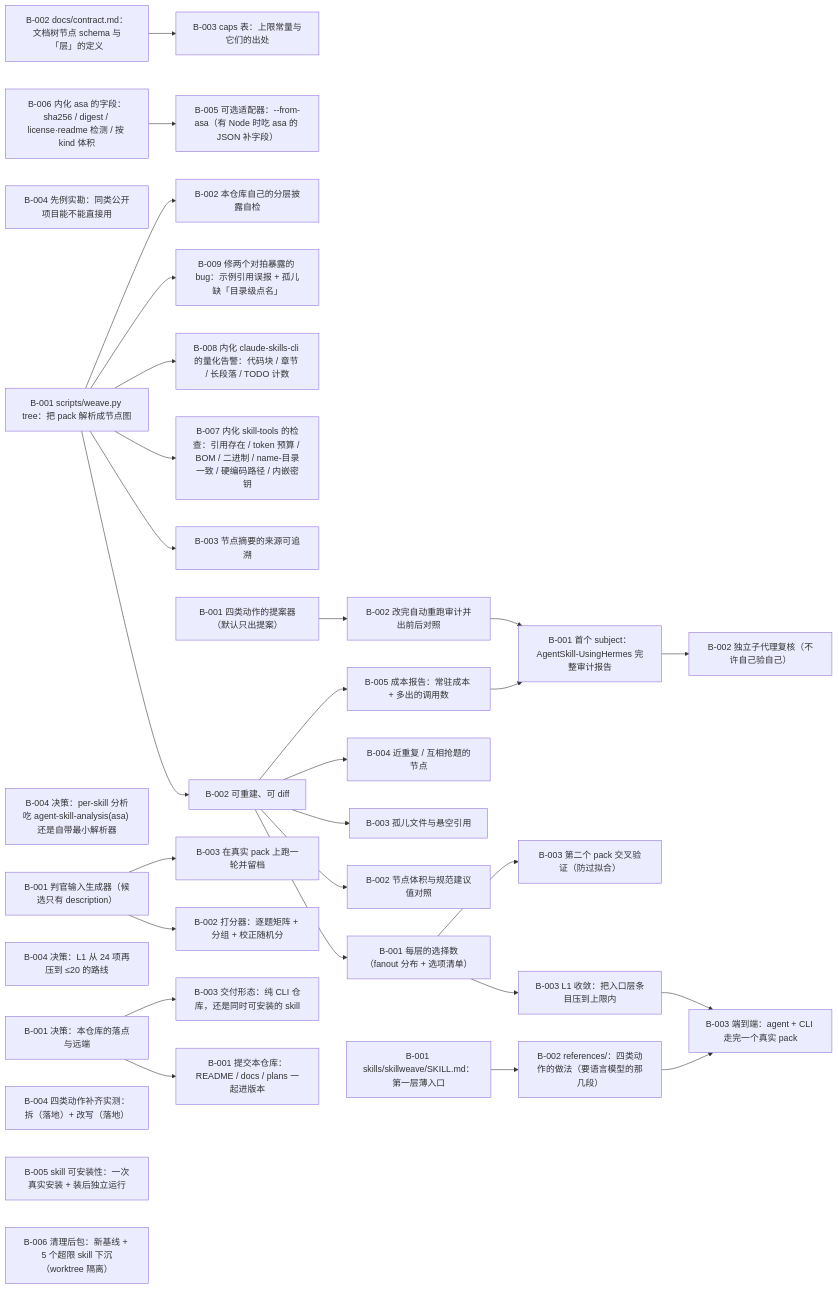
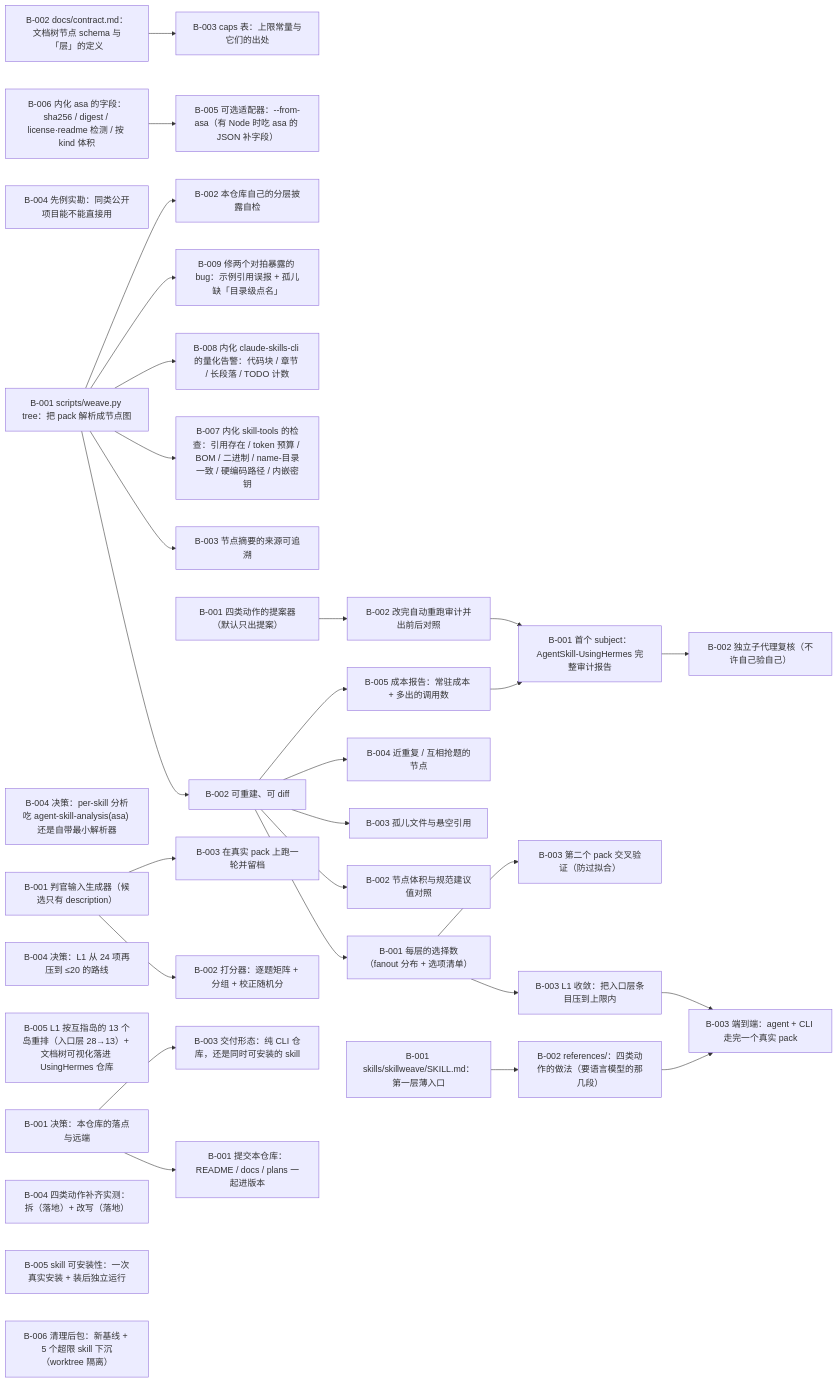
Before and after one commit to flmaximwang/SkillWeave: the diagram in plans/skillweave/PLAN.md, drawn with Mermaid. The commit also changed other lines of this file and 3 other files, not shown here.

Commit message:
plan: T-004#B-004 决策落定（L1 = 互指图的 13 个岛）+ T-004#B-005 重排与可视化落地

````diff
--- a/plans/skillweave/PLAN.md
+++ b/plans/skillweave/PLAN.md
@@ -15,72 +15,71 @@
 ```mermaid
 flowchart LR
   T-001_B-001["B-001 决策：本仓库的落点与远端"]
   T-001_B-002["B-002 docs/contract.md：文档树节点 schema 与「层」的定义"]
   T-001_B-003["B-003 caps 表：上限常量与它们的出处"]
   T-001_B-004["B-004 先例实勘：同类公开项目能不能直接用"]
   T-002_B-001["B-001 scripts/weave.py tree：把 pack 解析成节点图"]
   T-002_B-002["B-002 可重建、可 diff"]
   T-002_B-003["B-003 节点摘要的来源可追溯"]
   T-002_B-004["B-004 决策：per-skill 分析吃 agent-skill-analysis(asa) 还是自带最小解析器"]
   T-002_B-005["B-005 可选适配器：--from-asa（有 Node 时吃 asa 的 JSON 补字段）"]
   T-003_B-001["B-001 每层的选择数（fanout 分布 + 选项清单）"]
   T-003_B-002["B-002 节点体积与规范建议值对照"]
   T-003_B-003["B-003 孤儿文件与悬空引用"]
   T-003_B-004["B-004 近重复 / 互相抢题的节点"]
   T-003_B-005["B-005 成本报告：常驻成本 + 多出的调用数"]
   T-003_B-006["B-006 内化 asa 的字段：sha256 / digest / license·readme 检测 / 按 kind 体积"]
   T-003_B-007["B-007 内化 skill-tools 的检查：引用存在 / token 预算 / BOM / 二进制 / name-目录一致 / 硬编码路径 / 内嵌密钥"]
   T-003_B-008["B-008 内化 claude-skills-cli 的量化告警：代码块 / 章节 / 长段落 / TODO 计数"]
   T-003_B-009["B-009 修两个对拍暴露的 bug：示例引用误报 + 孤儿缺「目录级点名」"]
   T-004_B-001["B-001 四类动作的提案器（默认只出提案）"]
   T-004_B-002["B-002 改完自动重跑审计并出前后对照"]
   T-004_B-003["B-003 L1 收敛：把入口层条目压到上限内"]
   T-004_B-004["B-004 决策：L1 从 24 项再压到 ≤20 的路线"]
+  T-004_B-005["B-005 L1 按互指岛的 13 个岛重排（入口层 28→13）+ 文档树可视化落进 UsingHermes 仓库"]
   T-005_B-001["B-001 判官输入生成器（候选只有 description）"]
   T-005_B-002["B-002 打分器：逐题矩阵 + 分组 + 校正随机分"]
   T-005_B-003["B-003 在真实 pack 上跑一轮并留档"]
   T-006_B-001["B-001 首个 subject：AgentSkill-UsingHermes 完整审计报告"]
   T-006_B-002["B-002 独立子代理复核（不许自己验自己）"]
   T-006_B-003["B-003 第二个 pack 交叉验证（防过拟合）"]
   T-007_B-001["B-001 提交本仓库：README / docs / plans 一起进版本"]
   T-007_B-002["B-002 本仓库自己的分层披露自检"]
   T-007_B-003["B-003 交付形态：纯 CLI 仓库，还是同时可安装的 skill"]
   T-008_B-001["B-001 skills/skillweave/SKILL.md：第一层薄入口"]
   T-008_B-002["B-002 references/：四类动作的做法（要语言模型的那几段）"]
   T-008_B-003["B-003 端到端：agent + CLI 走完一个真实 pack"]
   T-008_B-004["B-004 四类动作补齐实测：拆（落地）+ 改写（落地）"]
   T-008_B-005["B-005 skill 可安装性：一次真实安装 + 装后独立运行"]
   T-008_B-006["B-006 清理后包：新基线 + 5 个超限 skill 下沉（worktree 隔离）"]
   T-001_B-002 --> T-001_B-003
   T-002_B-001 --> T-002_B-002
   T-002_B-001 --> T-002_B-003
   T-003_B-006 --> T-002_B-005
   T-002_B-002 --> T-003_B-001
   T-002_B-002 --> T-003_B-002
   T-002_B-002 --> T-003_B-003
   T-002_B-002 --> T-003_B-004
   T-002_B-002 --> T-003_B-005
   T-002_B-001 --> T-003_B-007
   T-002_B-001 --> T-003_B-008
   T-002_B-001 --> T-003_B-009
   T-004_B-001 --> T-004_B-002
   T-003_B-001 --> T-004_B-003
   T-005_B-001 --> T-005_B-002
   T-005_B-001 --> T-005_B-003
   T-003_B-005 --> T-006_B-001
   T-004_B-002 --> T-006_B-001
   T-006_B-001 --> T-006_B-002
   T-003_B-001 --> T-006_B-003
   T-001_B-001 --> T-007_B-001
   T-002_B-001 --> T-007_B-002
   T-001_B-001 --> T-007_B-003
   T-008_B-001 --> T-008_B-002
   T-008_B-002 --> T-008_B-003
   T-004_B-003 --> T-008_B-003
   classDef done stroke-width:1px;
-  class T-001_B-001,T-001_B-002,T-001_B-003,T-001_B-004,T-002_B-001,T-002_B-002,T-002_B-003,T-002_B-004,T-003_B-001,T-003_B-002,T-003_B-003,T-003_B-004,T-003_B-005,T-003_B-006,T-003_B-007,T-003_B-008,T-003_B-009,T-004_B-001,T-004_B-002,T-004_B-003,T-005_B-001,T-005_B-002,T-005_B-003,T-006_B-001,T-006_B-002,T-006_B-003,T-007_B-001,T-007_B-002,T-007_B-003,T-008_B-001,T-008_B-002,T-008_B-003,T-008_B-004,T-008_B-005,T-008_B-006 done;
+  class T-001_B-001,T-001_B-002,T-001_B-003,T-001_B-004,T-002_B-001,T-002_B-002,T-002_B-003,T-002_B-004,T-003_B-001,T-003_B-002,T-003_B-003,T-003_B-004,T-003_B-005,T-003_B-006,T-003_B-007,T-003_B-008,T-003_B-009,T-004_B-001,T-004_B-002,T-004_B-003,T-004_B-004,T-004_B-005,T-005_B-001,T-005_B-002,T-005_B-003,T-006_B-001,T-006_B-002,T-006_B-003,T-007_B-001,T-007_B-002,T-007_B-003,T-008_B-001,T-008_B-002,T-008_B-003,T-008_B-004,T-008_B-005,T-008_B-006 done;
   classDef cancelled stroke-width:1px;
   class T-002_B-005 cancelled;
-  classDef blocked stroke-width:1px;
-  class T-004_B-004 blocked;
 ```
````
